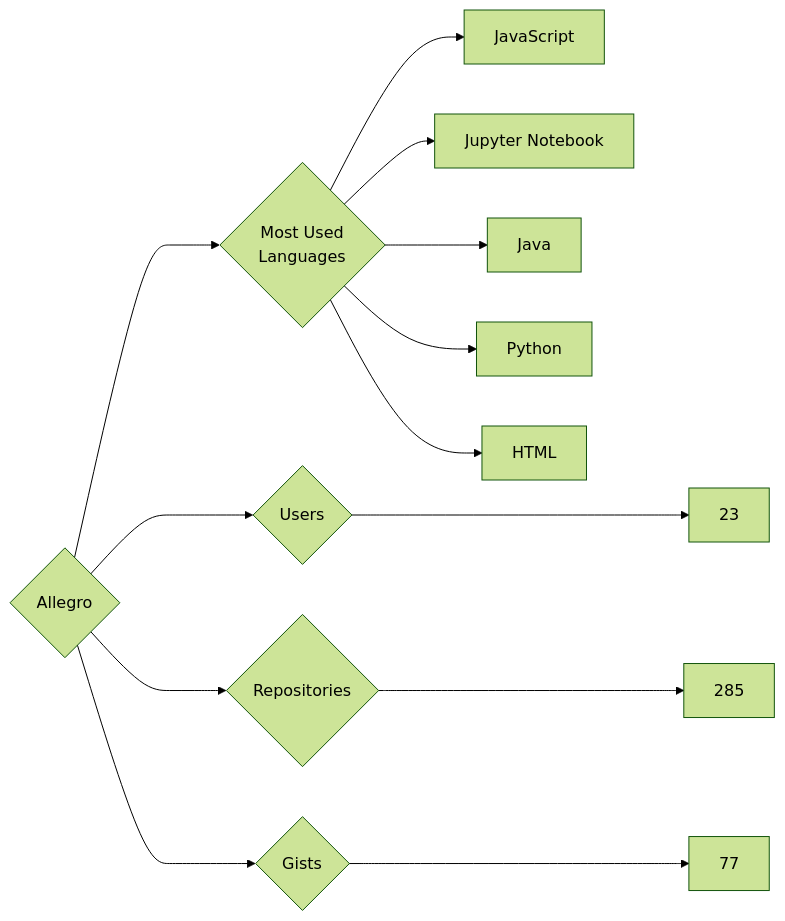
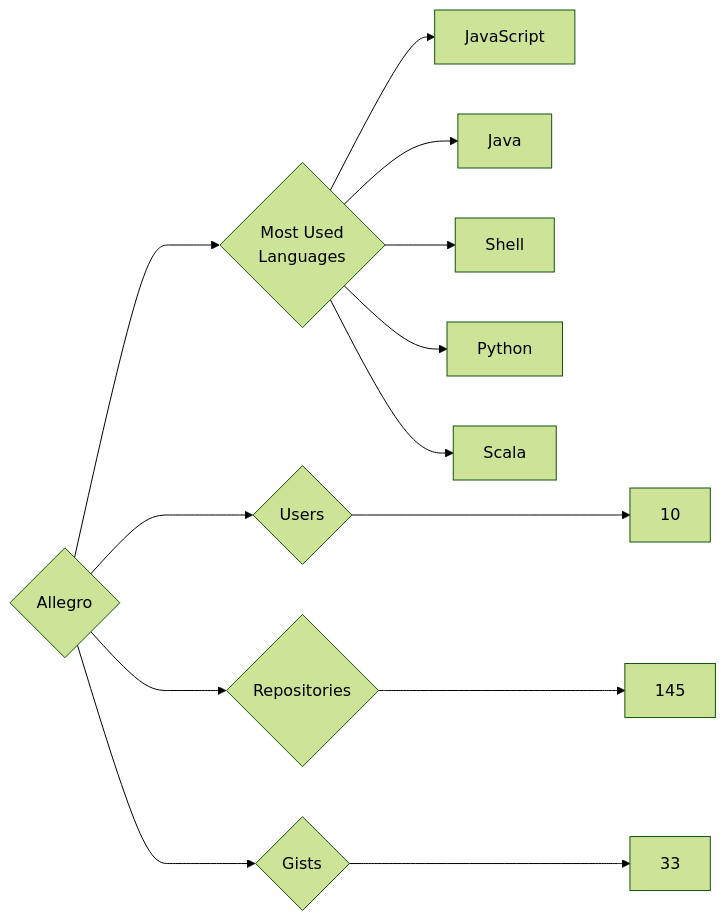
The diagram in targets/Allegro/README.md (trickest/insiders), drawn with Mermaid (forest theme) before and after one commit. The commit also changed 720 other files, not shown here.

````diff
--- a/targets/Allegro/README.md
+++ b/targets/Allegro/README.md
@@ -3,13 +3,13 @@
 ```mermaid
 graph LR
 COMPANY_NAME{Allegro}
-COMPANY_NAME ---> U{Users} ---> UN[23]
-COMPANY_NAME ---> R{Repositories} ---> RN[285]
-COMPANY_NAME ---> G{Gists} ---> GN[77]
+COMPANY_NAME ---> U{Users} ---> UN[10]
+COMPANY_NAME ---> R{Repositories} ---> RN[145]
+COMPANY_NAME ---> G{Gists} ---> GN[33]
 COMPANY_NAME ---> ML{Most Used<br>Languages}
 ML --> JavaScript[JavaScript]
-ML --> Jupyter_Notebook[Jupyter Notebook]
 ML --> Java[Java]
+ML --> Shell[Shell]
 ML --> Python[Python]
-ML --> HTML[HTML]
+ML --> Scala[Scala]
 ```
````
